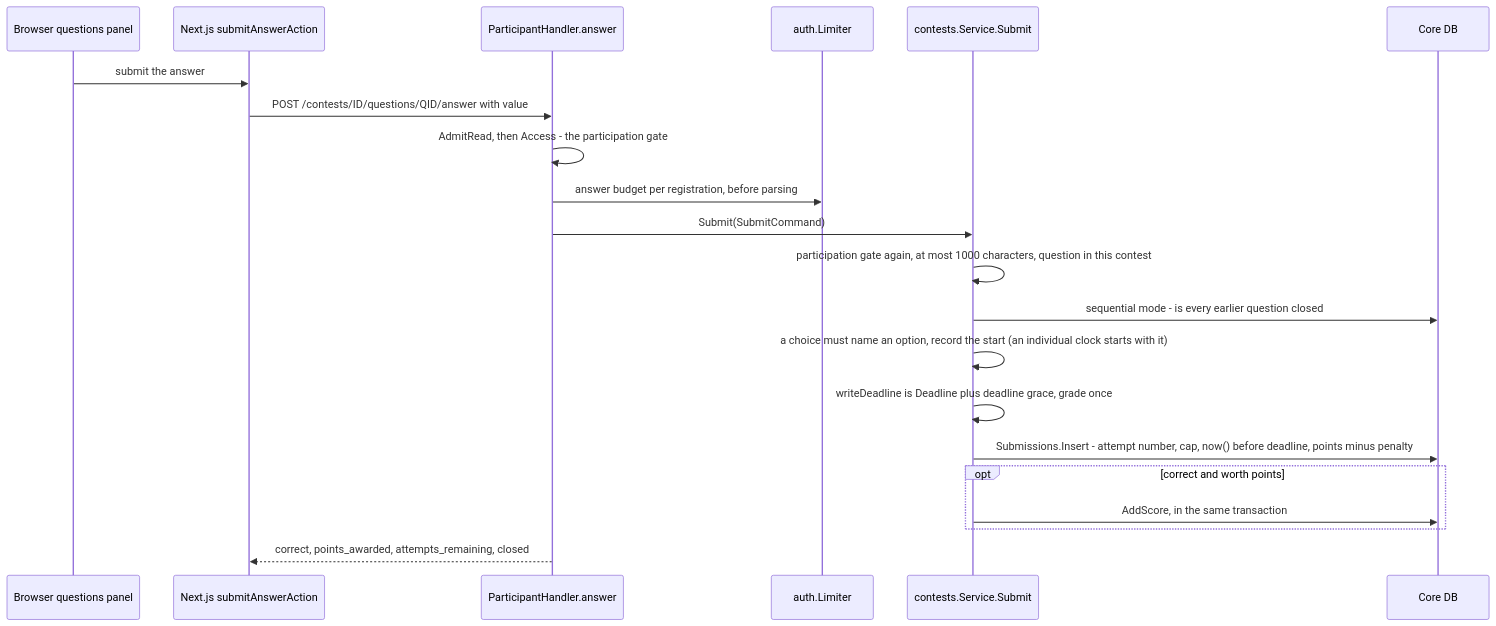
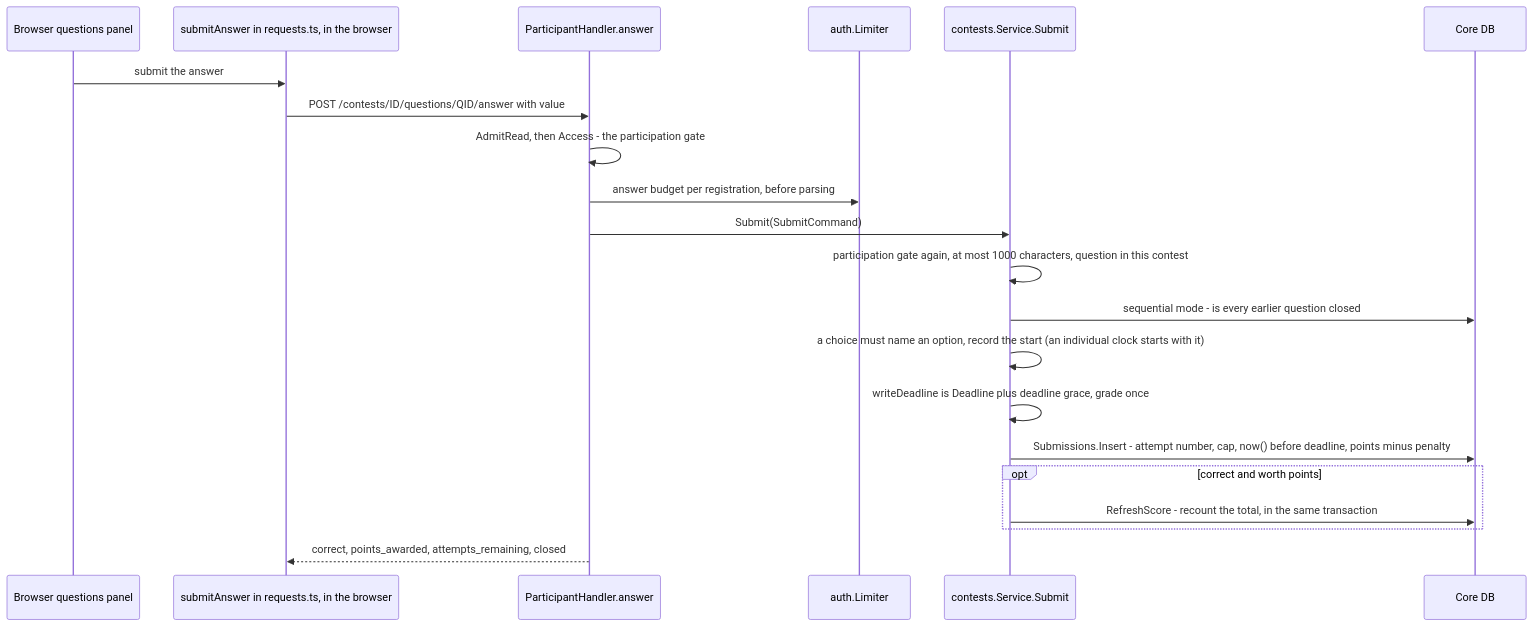
One commit to devrdn/olymp-db-platform changed diagram 11 of 14 in docs/guide/03-flows.md. Above: the diagram before and after it, drawn with Mermaid. The commit also changed other lines of this file and 2 other files, not shown here.

````diff
--- a/docs/guide/03-flows.md
+++ b/docs/guide/03-flows.md
@@ -710,24 +712,24 @@
 ```mermaid
 sequenceDiagram
     participant B as Browser questions panel
-    participant W as Next.js submitAnswerAction
+    participant W as submitAnswer in requests.ts, in the browser
     participant H as ParticipantHandler.answer
     participant L as auth.Limiter
     participant S as contests.Service.Submit
     participant DB as Core DB
 
     B->>W: submit the answer
     W->>H: POST /contests/ID/questions/QID/answer with value
     H->>H: AdmitRead, then Access - the participation gate
     H->>L: answer budget per registration, before parsing
     H->>S: Submit(SubmitCommand)
     S->>S: participation gate again, at most 1000 characters, question in this contest
     S->>DB: sequential mode - is every earlier question closed
     S->>S: a choice must name an option, record the start (an individual clock starts with it)
     S->>S: writeDeadline is Deadline plus deadline grace, grade once
     S->>DB: Submissions.Insert - attempt number, cap, now() before deadline, points minus penalty
     opt correct and worth points
-        S->>DB: AddScore, in the same transaction
+        S->>DB: RefreshScore - recount the total, in the same transaction
     end
     H-->>W: correct, points_awarded, attempts_remaining, closed
 ```
````
